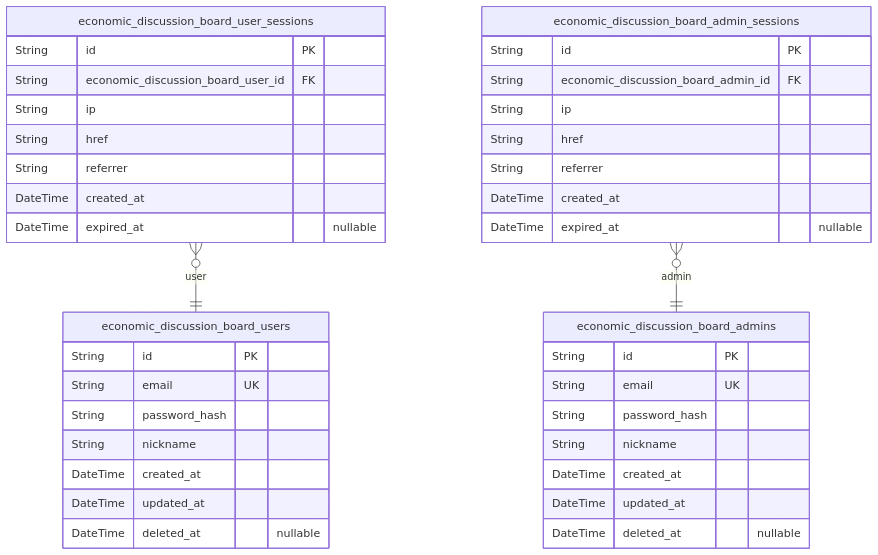
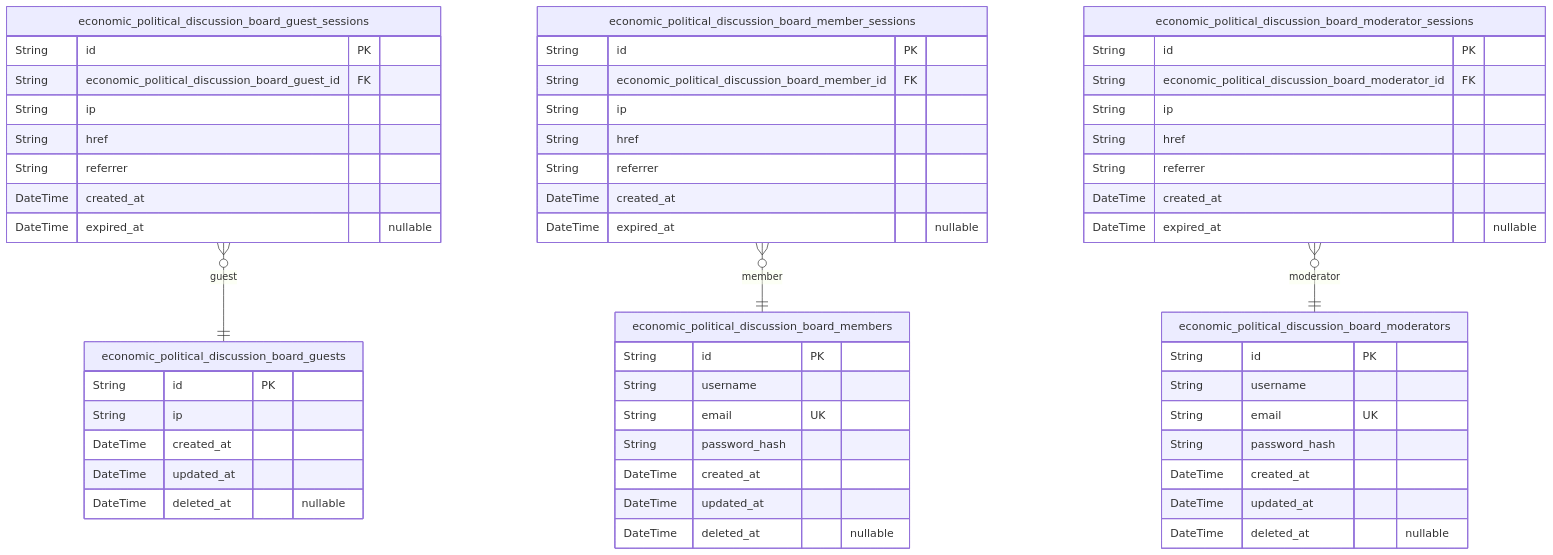
Before and after one commit to wrtnlabs/autobe-examples: the second of 5 diagrams in mistralai/codestral-2508/bbs/docs/ERD.md, drawn with Mermaid. The commit also changed other lines of this file and 7173 other files, not shown here.

````diff
--- a/mistralai/codestral-2508/bbs/docs/ERD.md
+++ b/mistralai/codestral-2508/bbs/docs/ERD.md
@@ -87,41 +142,58 @@
 ```mermaid
 erDiagram
-"economic_discussion_board_users" {
+"economic_political_discussion_board_guests" {
   String id PK
-  String email UK
-  String password_hash
-  String nickname
+  String ip
   DateTime created_at
   DateTime updated_at
   DateTime deleted_at "nullable"
 }
-"economic_discussion_board_user_sessions" {
+"economic_political_discussion_board_guest_sessions" {
   String id PK
-  String economic_discussion_board_user_id FK
+  String economic_political_discussion_board_guest_id FK
   String ip
   String href
   String referrer
   DateTime created_at
   DateTime expired_at "nullable"
 }
-"economic_discussion_board_admins" {
+"economic_political_discussion_board_members" {
   String id PK
+  String username
   String email UK
   String password_hash
-  String nickname
   DateTime created_at
   DateTime updated_at
   DateTime deleted_at "nullable"
 }
-"economic_discussion_board_admin_sessions" {
+"economic_political_discussion_board_member_sessions" {
   String id PK
-  String economic_discussion_board_admin_id FK
+  String economic_political_discussion_board_member_id FK
   String ip
   String href
   String referrer
   DateTime created_at
   DateTime expired_at "nullable"
 }
-"economic_discussion_board_user_sessions" }o--|| "economic_discussion_board_users" : user
-"economic_discussion_board_admin_sessions" }o--|| "economic_discussion_board_admins" : admin
+"economic_political_discussion_board_moderators" {
+  String id PK
+  String username
+  String email UK
+  String password_hash
+  DateTime created_at
+  DateTime updated_at
+  DateTime deleted_at "nullable"
+}
+"economic_political_discussion_board_moderator_sessions" {
+  String id PK
+  String economic_political_discussion_board_moderator_id FK
+  String ip
+  String href
+  String referrer
+  DateTime created_at
+  DateTime expired_at "nullable"
+}
+"economic_political_discussion_board_guest_sessions" }o--|| "economic_political_discussion_board_guests" : guest
+"economic_political_discussion_board_member_sessions" }o--|| "economic_political_discussion_board_members" : member
+"economic_political_discussion_board_moderator_sessions" }o--|| "economic_political_discussion_board_moderators" : moderator
 ```
````
